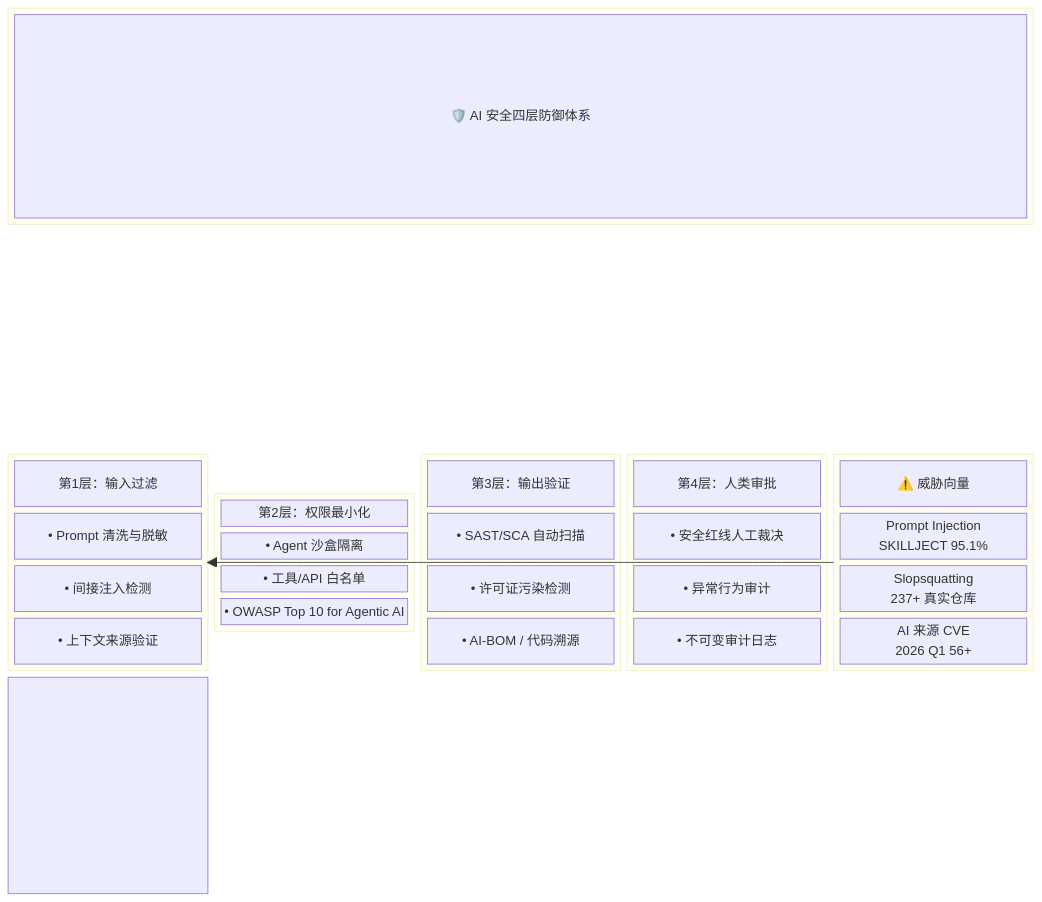
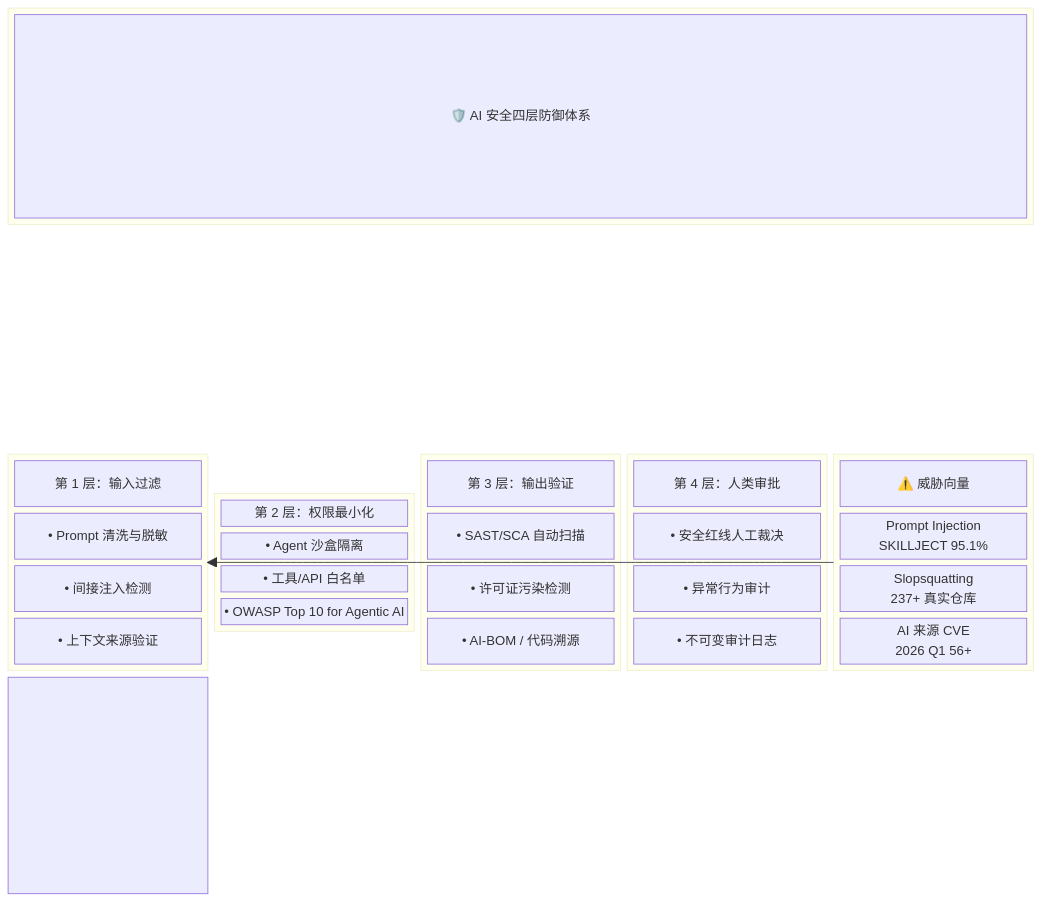
The diagram in topics/10-安全工程/README.md (biexuxiaoyao/ai-research-lab), drawn with Mermaid before and after one commit. The commit also changed other lines of this file and 91 other files, not shown here.

````diff
--- a/topics/10-安全工程/README.md
+++ b/topics/10-安全工程/README.md
@@ -26,46 +26,46 @@
 ```mermaid
 block-beta
     columns 5
     block:DEFENSE:5
         columns 1
         d["🛡️ AI 安全四层防御体系"]
     end
     space:5
     block:LAYER1:1
         columns 1
-        l1["第1层：输入过滤"]
+        l1["第 1 层：输入过滤"]
         l1a["• Prompt 清洗与脱敏"]
         l1b["• 间接注入检测"]
         l1c["• 上下文来源验证"]
     end
     block:LAYER2:1
         columns 1
-        l2["第2层：权限最小化"]
+        l2["第 2 层：权限最小化"]
         l2a["• Agent 沙盒隔离"]
         l2b["• 工具/API 白名单"]
         l2c["• OWASP Top 10 for Agentic AI"]
     end
     block:LAYER3:1
         columns 1
-        l3["第3层：输出验证"]
+        l3["第 3 层：输出验证"]
         l3a["• SAST/SCA 自动扫描"]
         l3b["• 许可证污染检测"]
         l3c["• AI-BOM / 代码溯源"]
     end
     block:LAYER4:1
         columns 1
-        l4["第4层：人类审批"]
+        l4["第 4 层：人类审批"]
         l4a["• 安全红线人工裁决"]
         l4b["• 异常行为审计"]
         l4c["• 不可变审计日志"]
     end
     block:THREATS:1
         columns 1
         t["⚠️ 威胁向量"]
         ta["Prompt Injection<br/>SKILLJECT 95.1%"]
         tb["Slopsquatting<br/>237+ 真实仓库"]
         tc["AI 来源 CVE<br/>2026 Q1 56+"]
     end
     LAYER1 --> LAYER2 --> LAYER3 --> LAYER4
     THREATS --> LAYER1
 ```
````
